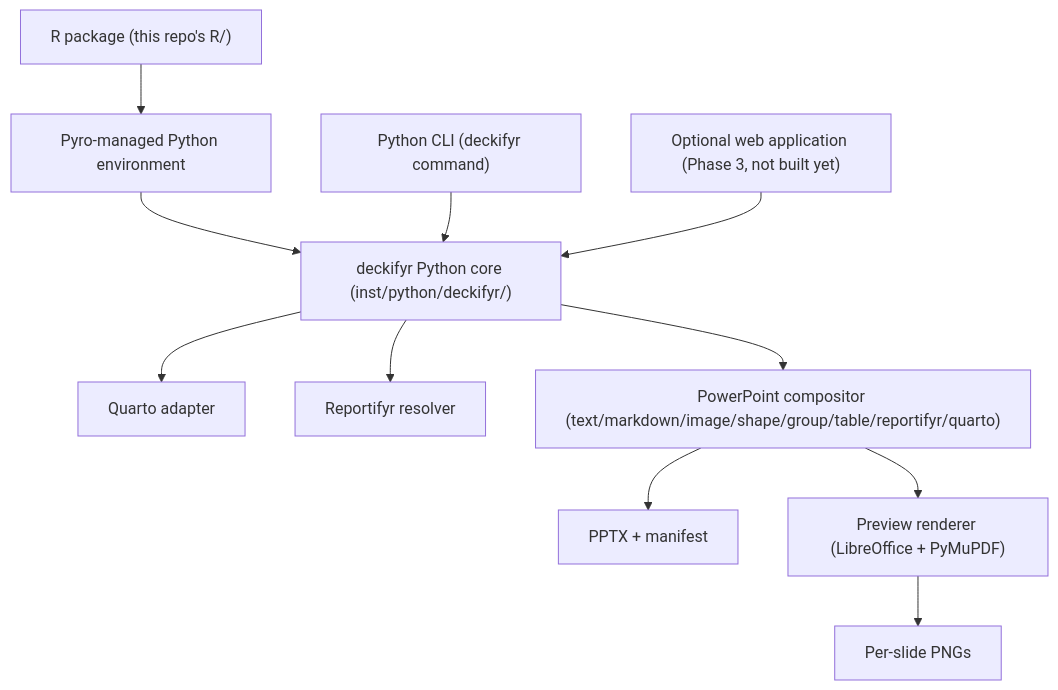
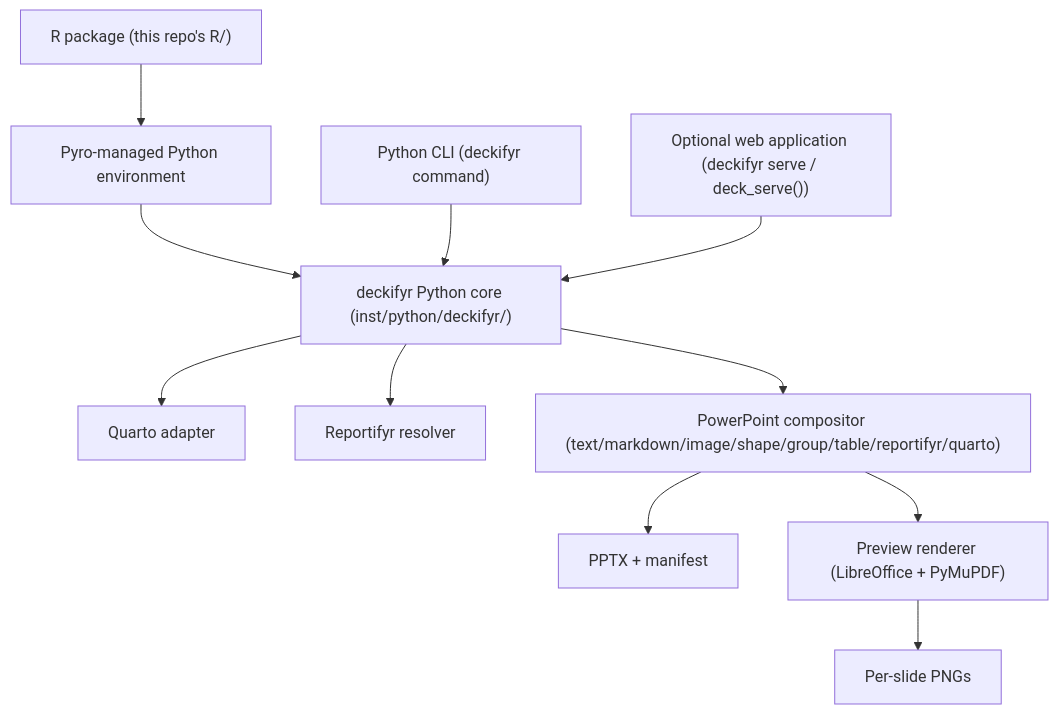
The diagram in README.md (jprybylski/deckifyr), drawn with Mermaid before and after one commit. The commit also changed other lines of this file and 56 other files, not shown here.

````diff
--- a/README.md
+++ b/README.md
@@ -44,13 +45,13 @@
 ```mermaid
 flowchart TD
     R["R package (this repo's R/)"] --> P["Pyro-managed Python environment"]
     P --> C["deckifyr Python core (inst/python/deckifyr/)"]
     CLI["Python CLI (deckifyr command)"] --> C
-    WEB["Optional web application (Phase 3, not built yet)"] --> C
+    WEB["Optional web application (deckifyr serve / deck_serve())"] --> C
     C --> Q["Quarto adapter"]
     C --> RF["Reportifyr resolver"]
     C --> PPTX["PowerPoint compositor (text/markdown/image/shape/group/table/reportifyr/quarto)"]
     PPTX --> OUT["PPTX + manifest"]
     PPTX --> PREVIEW["Preview renderer (LibreOffice + PyMuPDF)"]
     PREVIEW --> PNG["Per-slide PNGs"]
 ```
````
